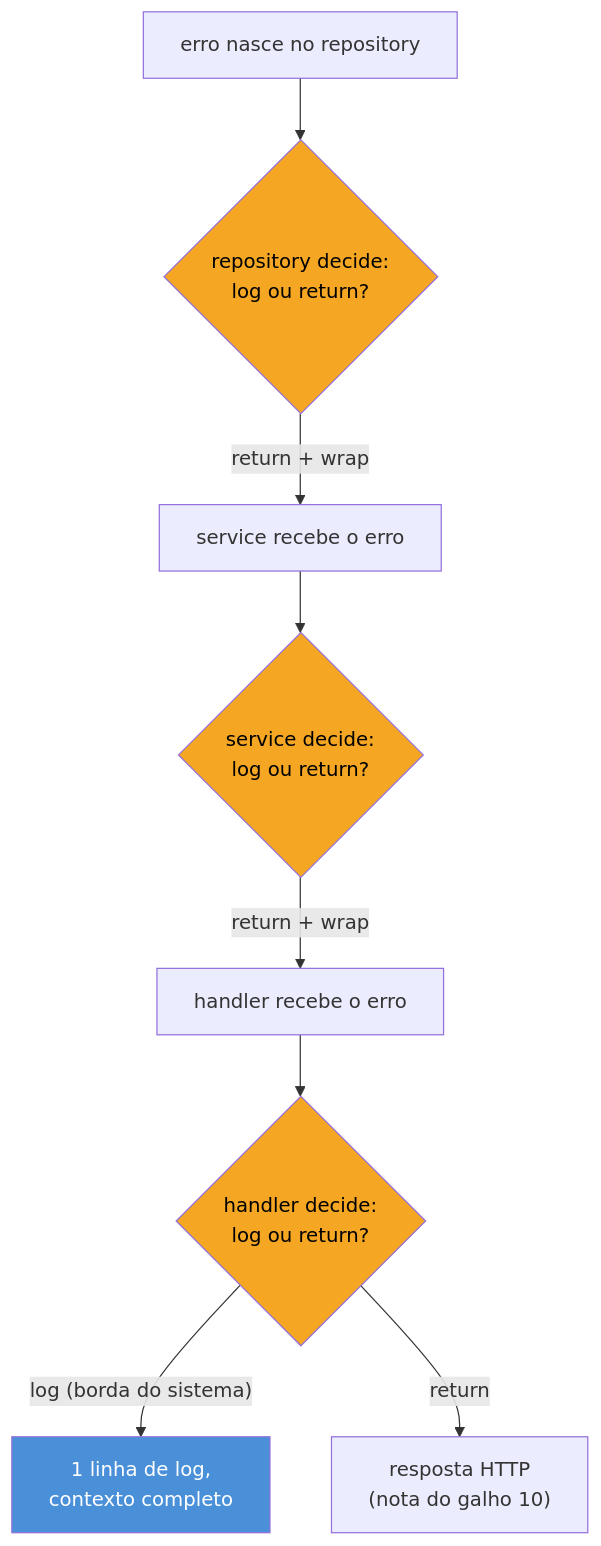
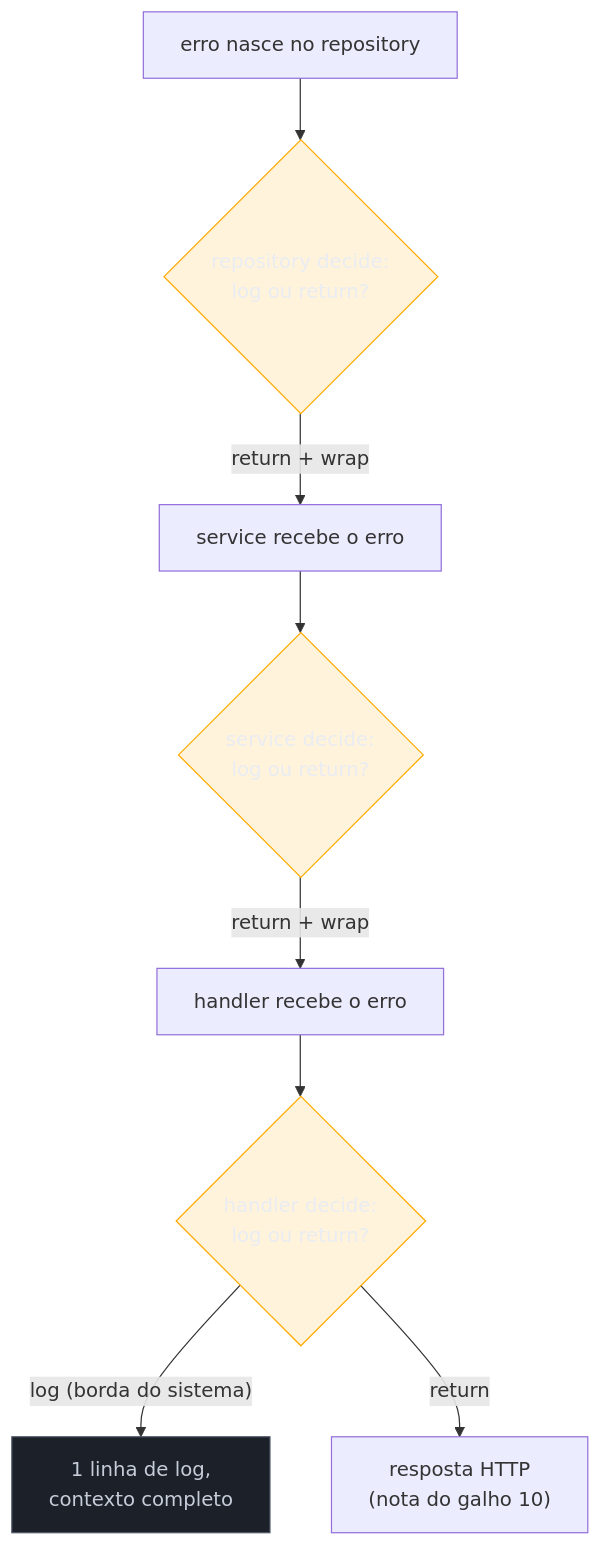
The first of 2 diagrams in 03-Dominios/Tecnologia/Go/04 - Erros como valor/06 - Estratégias de tratamento de erro.md (josenaldo/codex-technomanticus), drawn with Mermaid before and after one commit. The commit also changed other lines of this file and 1181 other files, not shown here.

First line of the commit message:
fix(diagramas): paleta do sistema no lugar de cor cravada no markdown

````diff
--- a/03-Dominios/Tecnologia/Go/04 - Erros como valor/06 - Estratégias de tratamento de erro.md
+++ b/03-Dominios/Tecnologia/Go/04 - Erros como valor/06 - Estratégias de tratamento de erro.md
@@ -68,15 +68,17 @@
 ```mermaid
 flowchart TB
+    classDef destaque fill:#FFAA0024,stroke:#FFAA00,color:#E9ECF2
+    classDef neutro fill:#1B2029,stroke:#4E5666,color:#C6CCD8
     A["erro nasce no repository"] --> B{"repository decide:\nlog ou return?"}
     B -->|"return + wrap"| C["service recebe o erro"]
     C --> D{"service decide:\nlog ou return?"}
     D -->|"return + wrap"| E["handler recebe o erro"]
     E --> F{"handler decide:\nlog ou return?"}
     F -->|"log (borda do sistema)"| G["1 linha de log,\ncontexto completo"]
     F -->|"return"| H["resposta HTTP\n(nota do galho 10)"]
 
-    style B fill:#F5A623,color:#000
-    style D fill:#F5A623,color:#000
-    style F fill:#F5A623,color:#000
-    style G fill:#4A90D9,color:#fff
+    class B destaque
+    class D destaque
+    class F destaque
+    class G neutro
 ```
````
